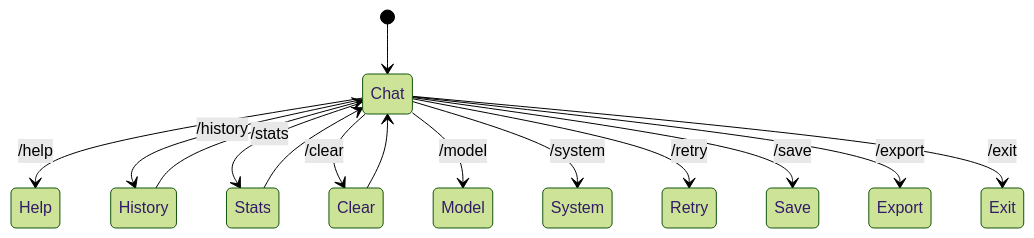
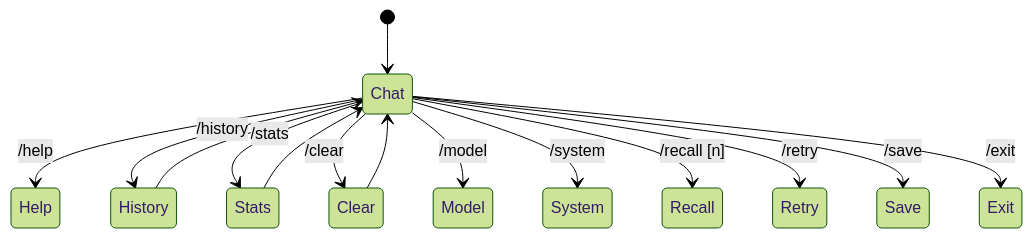
Before and after one commit to walternagai/miru: the second of 6 diagrams in docs/TUTORIAL.md, drawn with Mermaid (forest theme). The commit also changed other lines of this file and 2 other files, not shown here.

````diff
--- a/docs/TUTORIAL.md
+++ b/docs/TUTORIAL.md
@@ -105,17 +109,17 @@
 ```mermaid
 stateDiagram-v2
     [*] --> Chat
     Chat --> Help: /help
     Chat --> History: /history
     Chat --> Stats: /stats
     Chat --> Clear: /clear
     Chat --> Model: /model <nome>
     Chat --> System: /system <prompt>
+    Chat --> Recall: /recall [n]
     Chat --> Retry: /retry
-    Chat --> Save: /save <nome>
-    Chat --> Export: /export <formato>
+    Chat --> Save: /save <arquivo>
     Chat --> Exit: /exit
     History --> Chat
     Stats --> Chat
     Clear --> Chat
 ```
````
